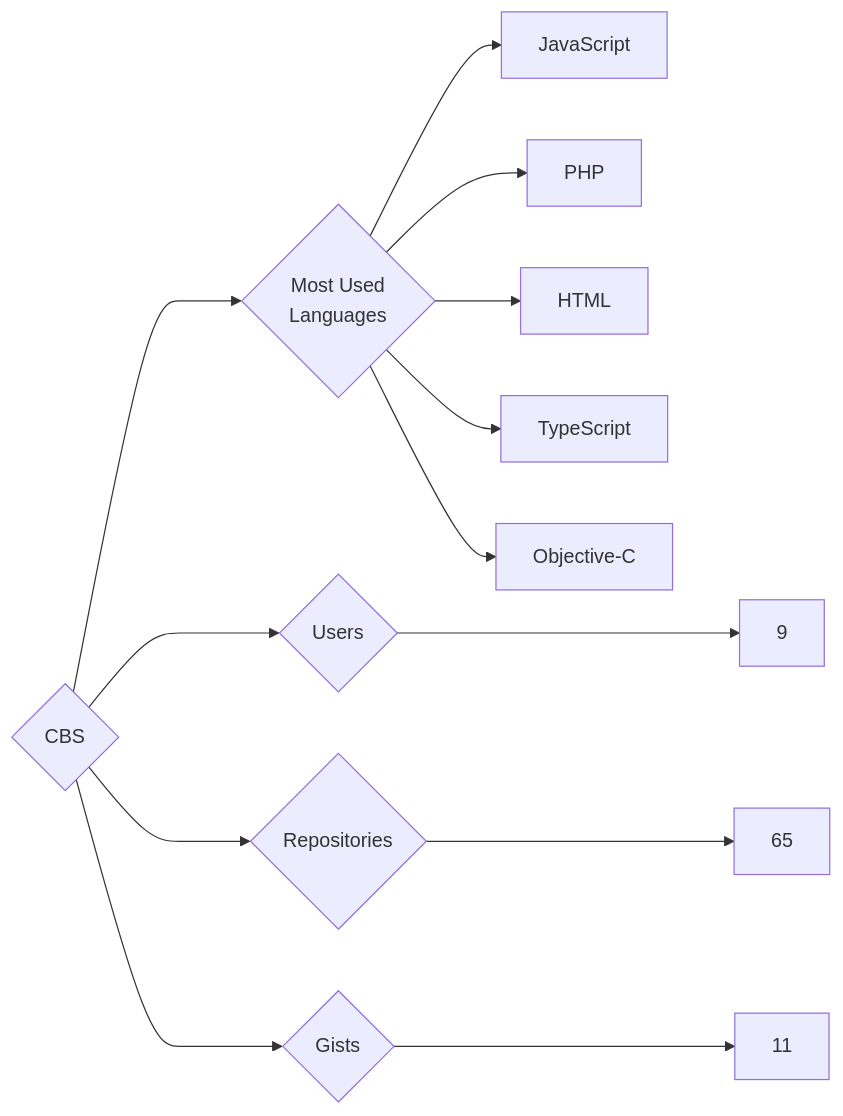
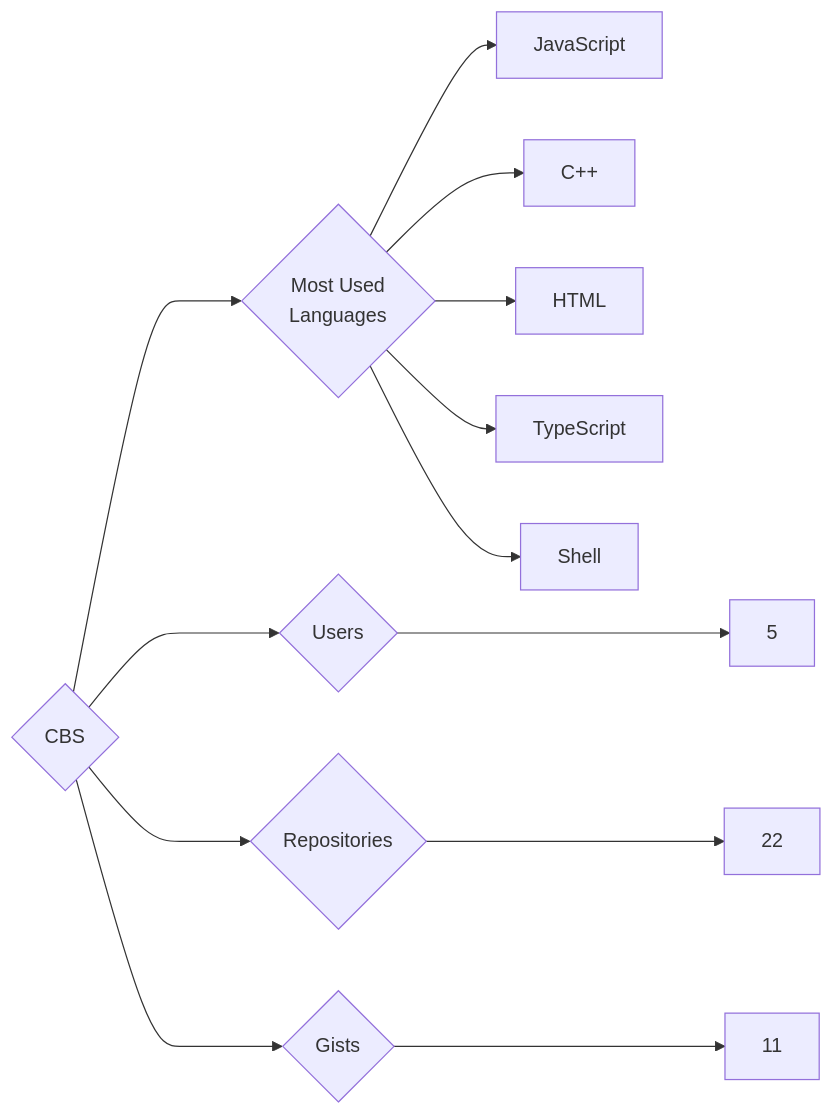
The diagram in targets/CBS/README.md (trickest/insiders), drawn with Mermaid before and after one commit. The commit also changed 776 other files, not shown here.

````diff
--- a/targets/CBS/README.md
+++ b/targets/CBS/README.md
@@ -3,13 +3,13 @@
 ```mermaid
 graph LR
 COMPANY_NAME{CBS}
-COMPANY_NAME ---> U{Users} ---> UN[9]
-COMPANY_NAME ---> R{Repositories} ---> RN[65]
+COMPANY_NAME ---> U{Users} ---> UN[5]
+COMPANY_NAME ---> R{Repositories} ---> RN[22]
 COMPANY_NAME ---> G{Gists} ---> GN[11]
 COMPANY_NAME ---> ML{Most Used<br>Languages}
 ML --> JavaScript[JavaScript]
-ML --> PHP[PHP]
+ML --> C++[C++]
 ML --> HTML[HTML]
 ML --> TypeScript[TypeScript]
-ML --> Objective-C[Objective-C]
+ML --> Shell[Shell]
 ```
````
